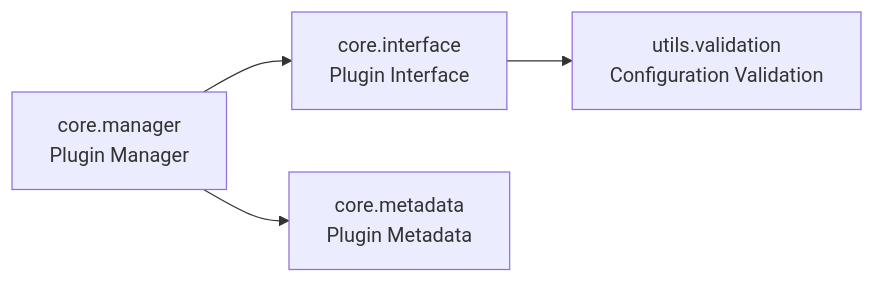
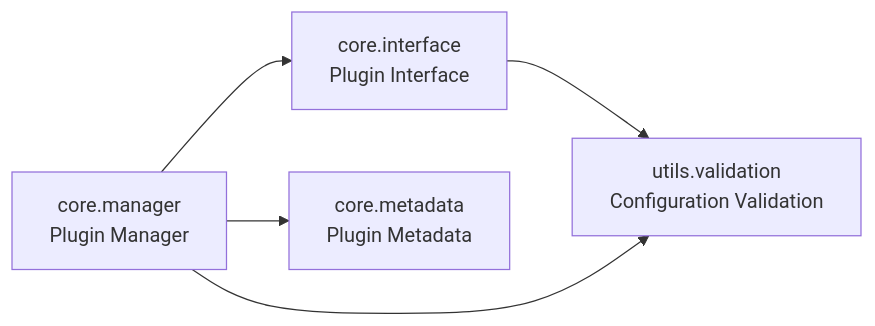
The diagram in README.md (cj-mills/cjm-plugin-system), drawn with Mermaid before and after one commit. The commit also changed other lines of this file and 8 other files, not shown here.

Commit message:
Migrate from JSON Schema to dataclass-based configuration.

````diff
--- a/README.md
+++ b/README.md
@@ -26,11 +26,12 @@
 ``` mermaid
 graph LR
     core_interface[core.interface<br/>Plugin Interface]
     core_manager[core.manager<br/>Plugin Manager]
     core_metadata[core.metadata<br/>Plugin Metadata]
     utils_validation[utils.validation<br/>Configuration Validation]
 
     core_interface --> utils_validation
+    core_manager --> utils_validation
     core_manager --> core_metadata
     core_manager --> core_interface
 ```
````
